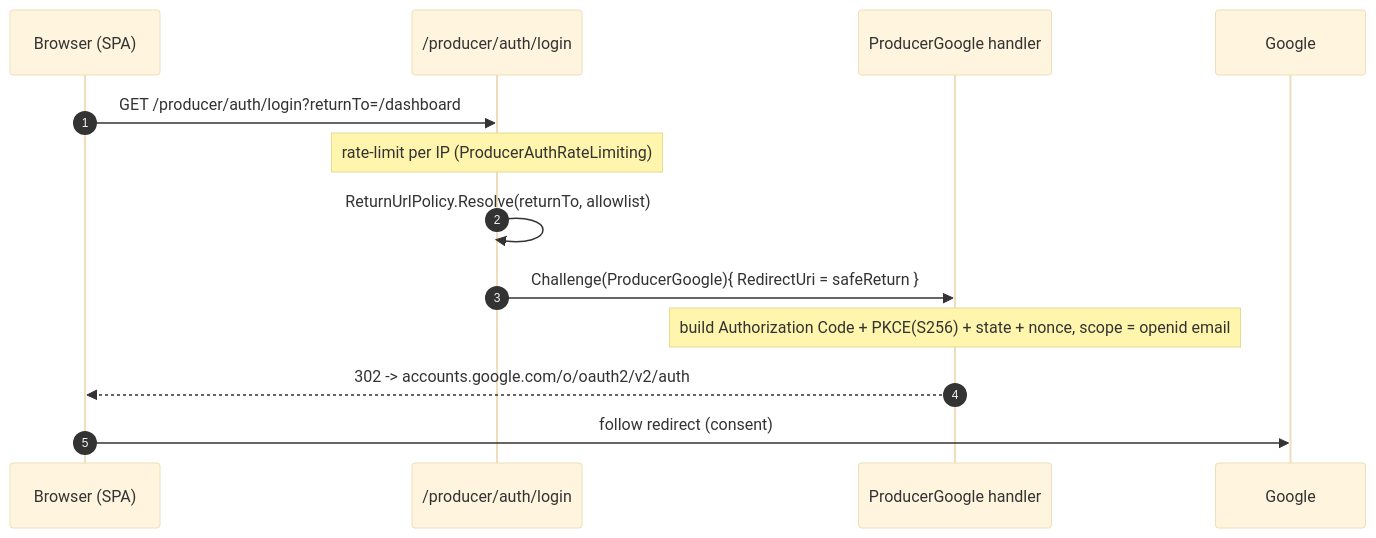
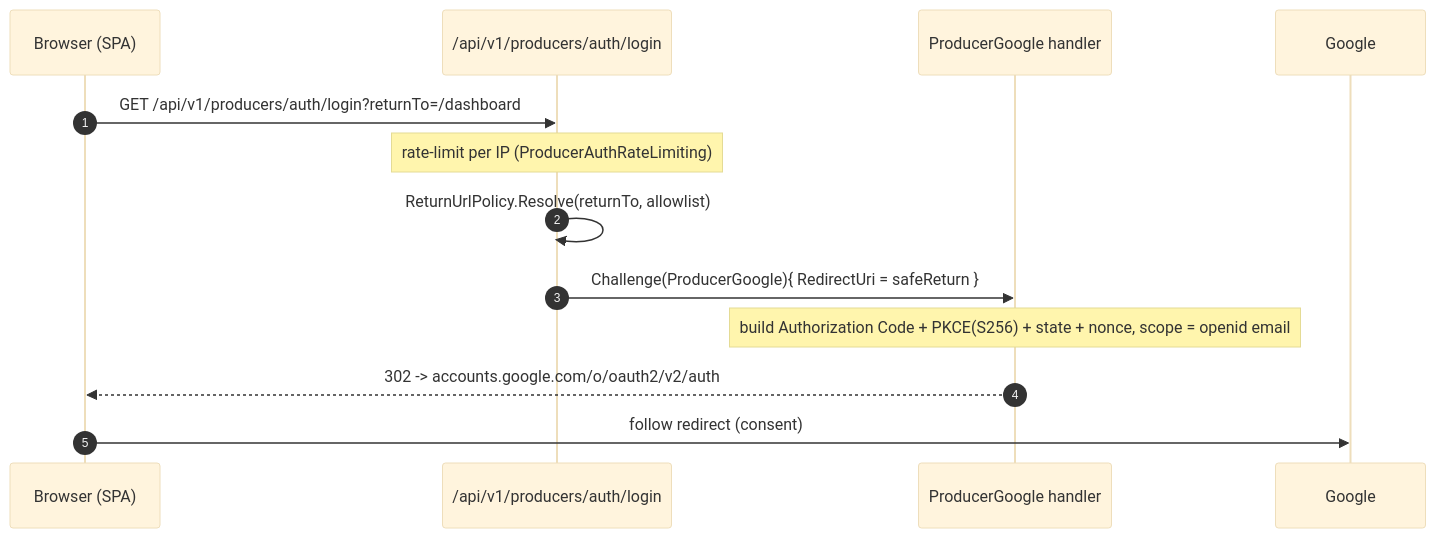
One commit to metrodiesign/pol-core changed the first of 7 diagrams in docs/reference/producer-module.md. Above: the diagram before and after it, drawn with Mermaid (base theme). The commit also changed other lines of this file and 4 other files, not shown here.

````diff
--- a/docs/reference/producer-module.md
+++ b/docs/reference/producer-module.md
@@ -155,16 +155,16 @@
 ```mermaid
 sequenceDiagram
     autonumber
     participant B as Browser (SPA)
-    participant API as /producer/auth/login
+    participant API as /api/v1/producers/auth/login
     participant OIDC as ProducerGoogle handler
     participant G as Google
 
-    B->>API: GET /producer/auth/login?returnTo=/dashboard
+    B->>API: GET /api/v1/producers/auth/login?returnTo=/dashboard
     Note over API: rate-limit per IP (ProducerAuthRateLimiting)
     API->>API: ReturnUrlPolicy.Resolve(returnTo, allowlist)
     API->>OIDC: Challenge(ProducerGoogle){ RedirectUri = safeReturn }
     Note over OIDC: build Authorization Code + PKCE(S256) + state + nonce, scope = openid email
     OIDC-->>B: 302 -> accounts.google.com/o/oauth2/v2/auth
     B->>G: follow redirect (consent)
 ```
````
